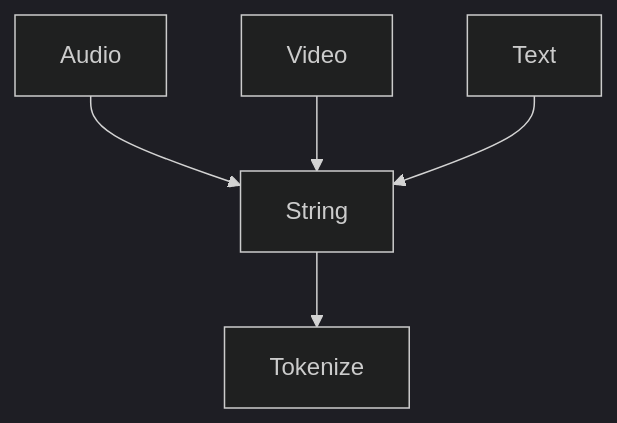
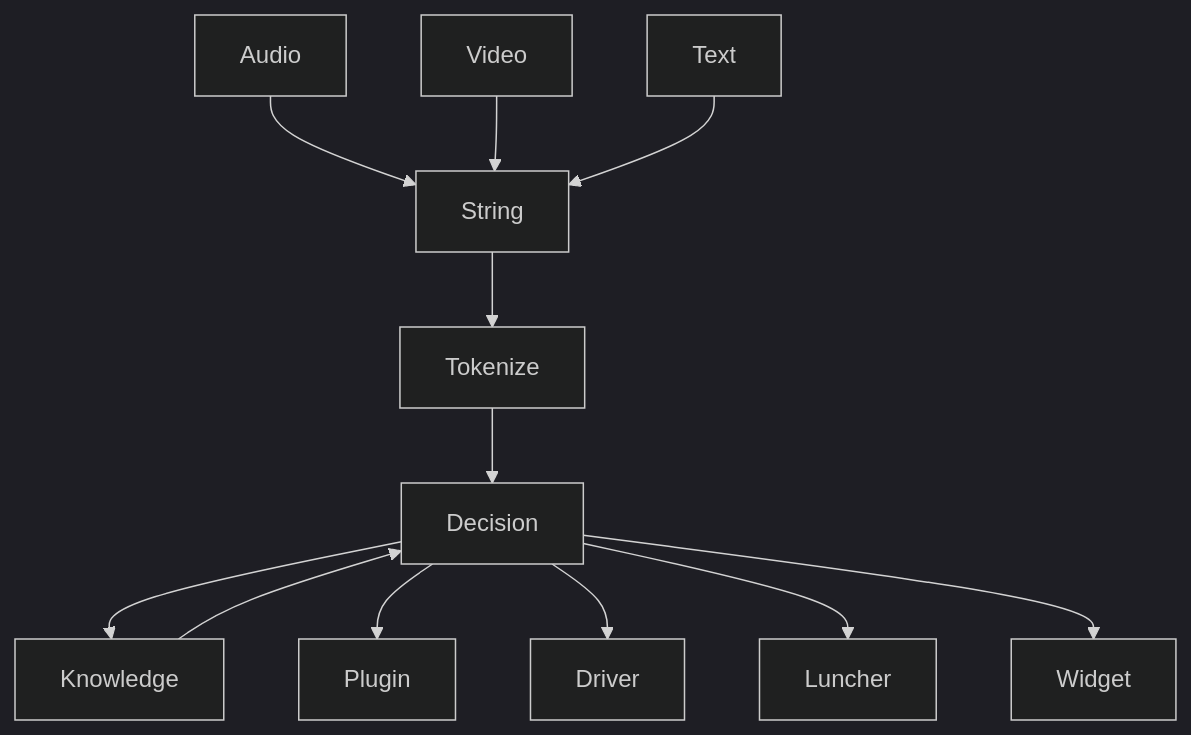
Before and after one commit to sh-navid/NExT: the diagram in README.md, drawn with Mermaid (dark theme).

````diff
--- a/README.md
+++ b/README.md
@@ -7,7 +7,14 @@
 ```mermaid
 graph TD;
     Audio-->String;
     Video-->String;
     Text-->String;
     String-->Tokenize;
+    Tokenize-->Decision;
+    Knowledge-->Decision;
+    Decision-->Knowledge;
+    Decision-->Plugin;
+    Decision-->Driver;
+    Decision-->Luncher;
+    Decision-->Widget;
 ```
````
